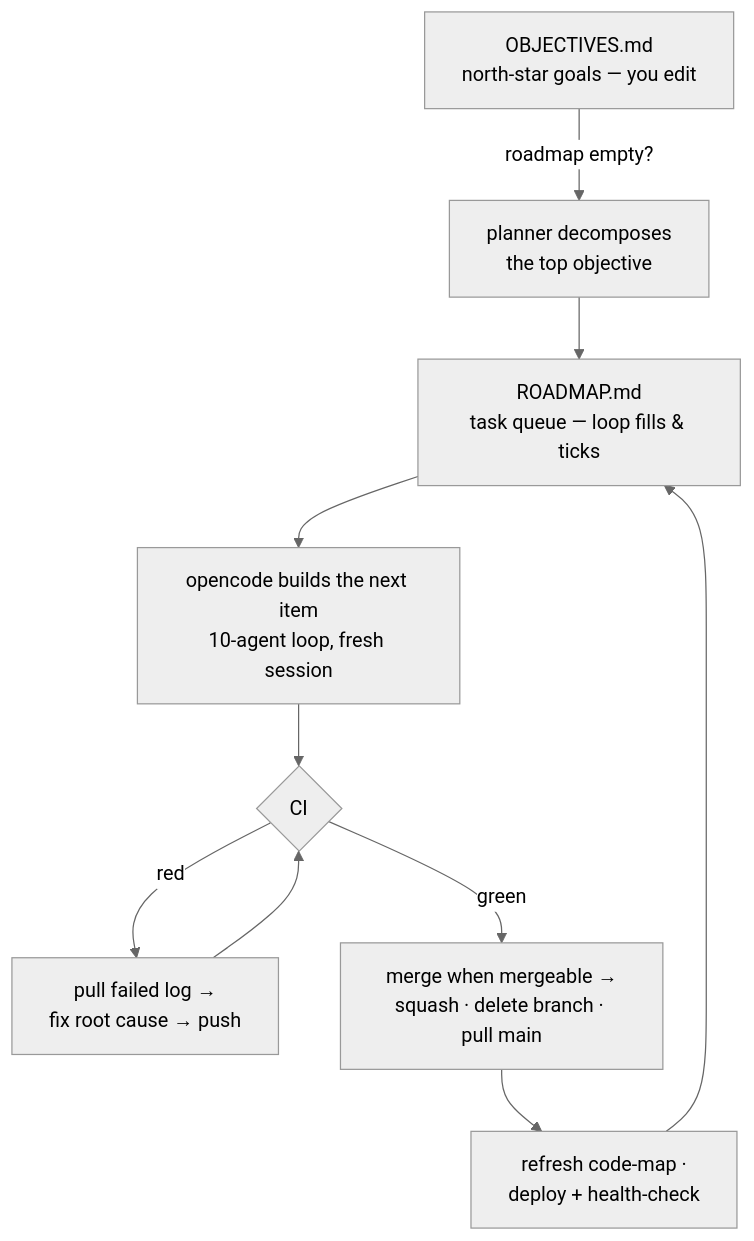
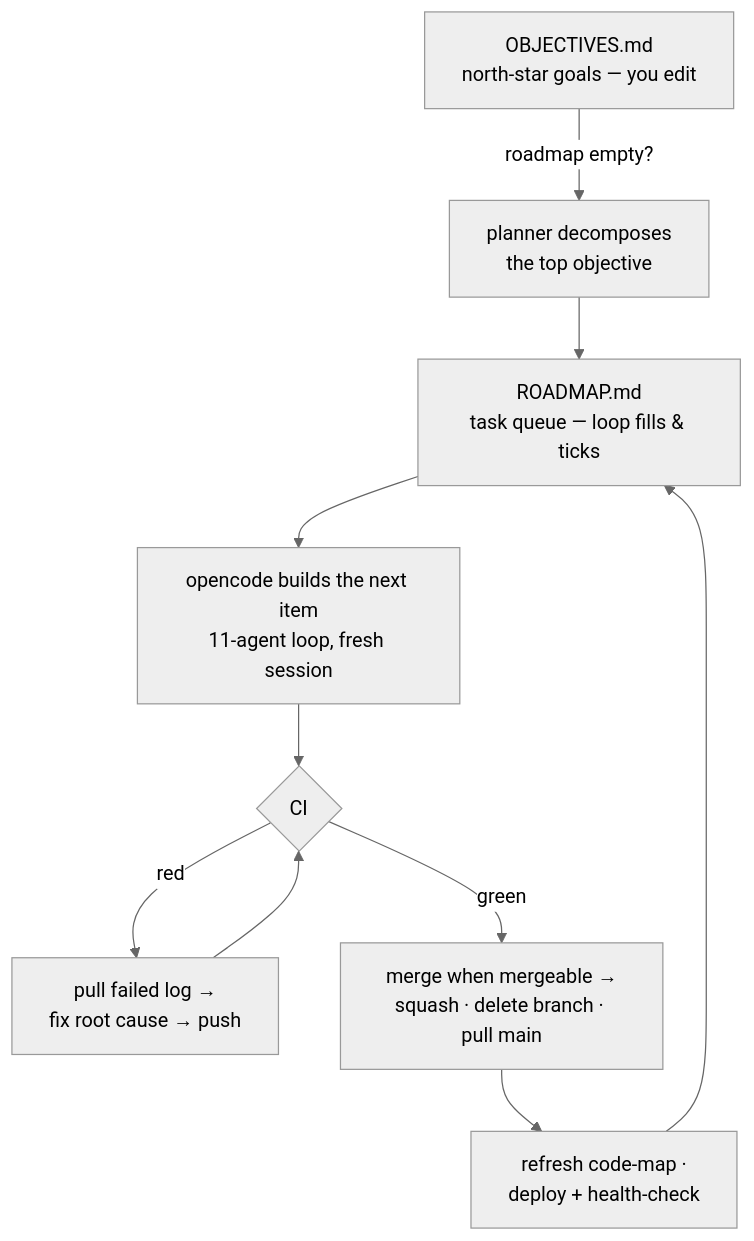
Before and after one commit to buagi/ace: the second of 2 diagrams in README.md, drawn with Mermaid (neutral theme). The commit also changed other lines of this file and 9 other files, not shown here.

````diff
--- a/README.md
+++ b/README.md
@@ -112,10 +112,10 @@
 ```mermaid
 flowchart TD
   OBJ[OBJECTIVES.md<br/>north-star goals — you edit] -->|roadmap empty?| PL[planner decomposes<br/>the top objective]
   PL --> RM[ROADMAP.md<br/>task queue — loop fills & ticks]
-  RM --> B[opencode builds the next item<br/>10-agent loop, fresh session]
+  RM --> B[opencode builds the next item<br/>11-agent loop, fresh session]
   B --> CI{CI}
   CI -->|red| FIX[pull failed log →<br/>fix root cause → push] --> CI
   CI -->|green| MG[merge when mergeable →<br/>squash · delete branch · pull main]
   MG --> DEP[refresh code-map ·<br/>deploy + health-check] --> RM
 ```
````
